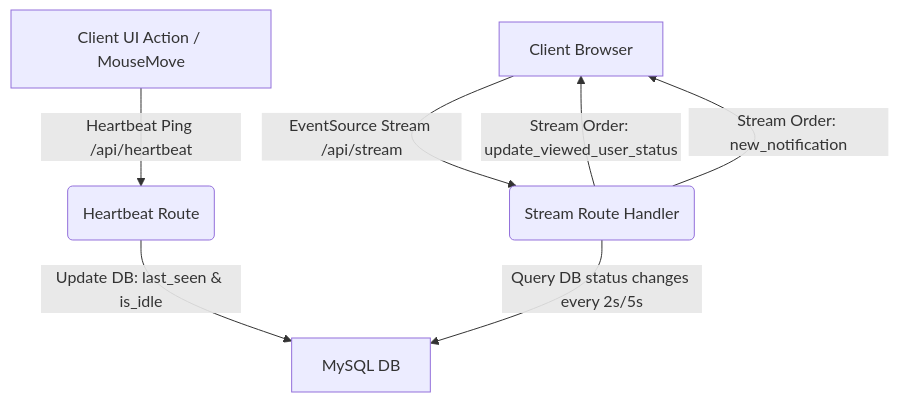
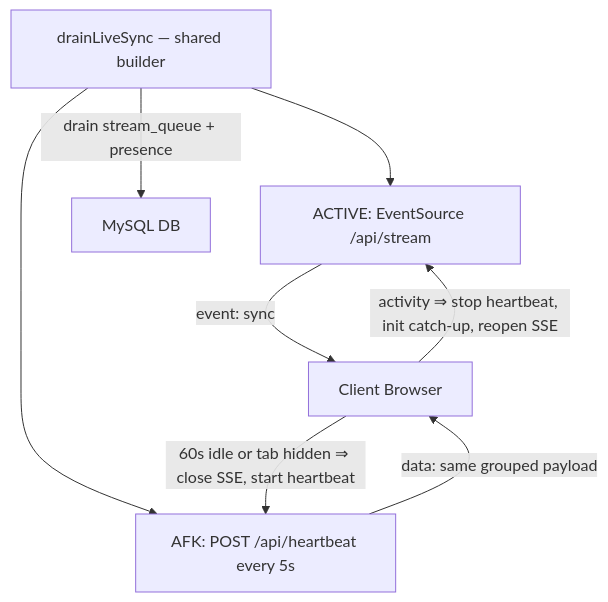
The second of 2 diagrams in README.md (sanfor2004/zomzam), drawn with Mermaid before and after one commit. The commit also changed other lines of this file and 7 other files, not shown here.

````diff
--- a/README.md
+++ b/README.md
@@ -364,9 +365,10 @@
 ```mermaid
 graph TD
-    A[Client UI Action / MouseMove] -->|Heartbeat Ping /api/heartbeat| B(Heartbeat Route)
-    B -->|Update DB: last_seen & is_idle| C[MySQL DB]
-    D[Client Browser] -->|EventSource Stream /api/stream| E(Stream Route Handler)
-    E -->|Query DB status changes every 2s/5s| C
-    E -->|Stream Order: update_viewed_user_status| D
-    E -->|Stream Order: new_notification| D
+    A[ACTIVE: EventSource /api/stream] -->|event: sync| D[Client Browser]
+    B[AFK: POST /api/heartbeat every 5s] -->|data: same grouped payload| D
+    E[drainLiveSync — shared builder] --> A
+    E --> B
+    E -->|drain stream_queue + presence| C[MySQL DB]
+    D -->|60s idle or tab hidden ⇒ close SSE, start heartbeat| B
+    D -->|activity ⇒ stop heartbeat, init catch-up, reopen SSE| A
 ```
````
